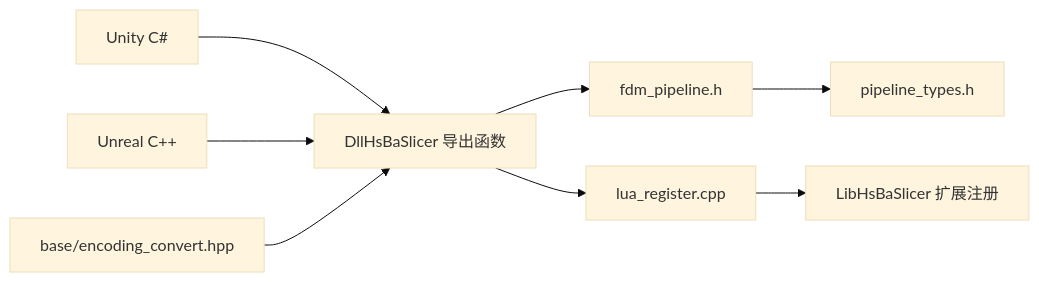
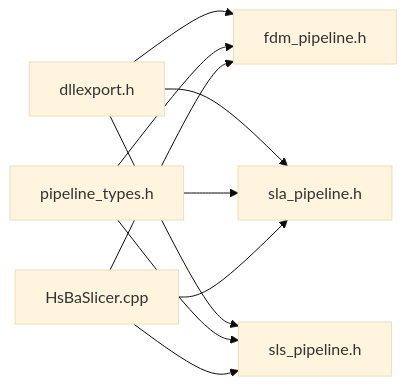
The fifth of 5 diagrams in .qoder/repowiki/zh/content/集成指南/游戏引擎集成/游戏引擎集成.md (hsmbanlance/HsBaSlicer), drawn with Mermaid (base theme) before and after one commit. The commit also changed other lines of this file and 1135 other files, not shown here.

````diff
--- a/.qoder/repowiki/zh/content/集成指南/游戏引擎集成/游戏引擎集成.md
+++ b/.qoder/repowiki/zh/content/集成指南/游戏引擎集成/游戏引擎集成.md
@@ -397,10 +217,12 @@
 ```mermaid
 graph LR
-Unity["Unity C#"] --> DllExport["DllHsBaSlicer 导出函数"]
-Unreal["Unreal C++"] --> DllExport
-DllExport --> FdmHeader["fdm_pipeline.h"]
-FdmHeader --> Types["pipeline_types.h"]
-DllExport --> LuaRegister["lua_register.cpp"]
-LuaRegister --> Extends["LibHsBaSlicer 扩展注册"]
-BaseTools["base/encoding_convert.hpp"] --> DllExport
+DLLEXPORT["dllexport.h"] --> FDM["fdm_pipeline.h"]
+DLLEXPORT --> SLA["sla_pipeline.h"]
+DLLEXPORT --> SLS["sls_pipeline.h"]
+TYPES["pipeline_types.h"] --> FDM
+TYPES --> SLA
+TYPES --> SLS
+EXAMPLE["HsBaSlicer.cpp"] --> FDM
+EXAMPLE --> SLA
+EXAMPLE --> SLS
 ```
````
